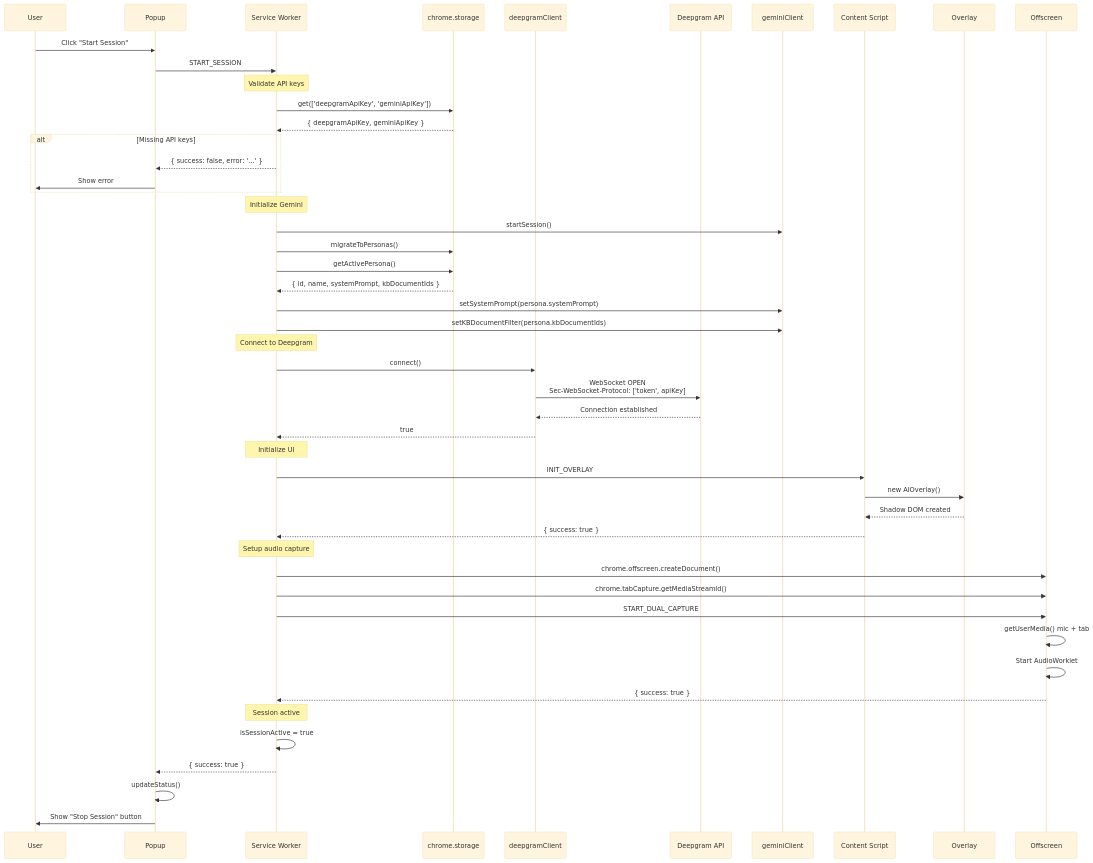
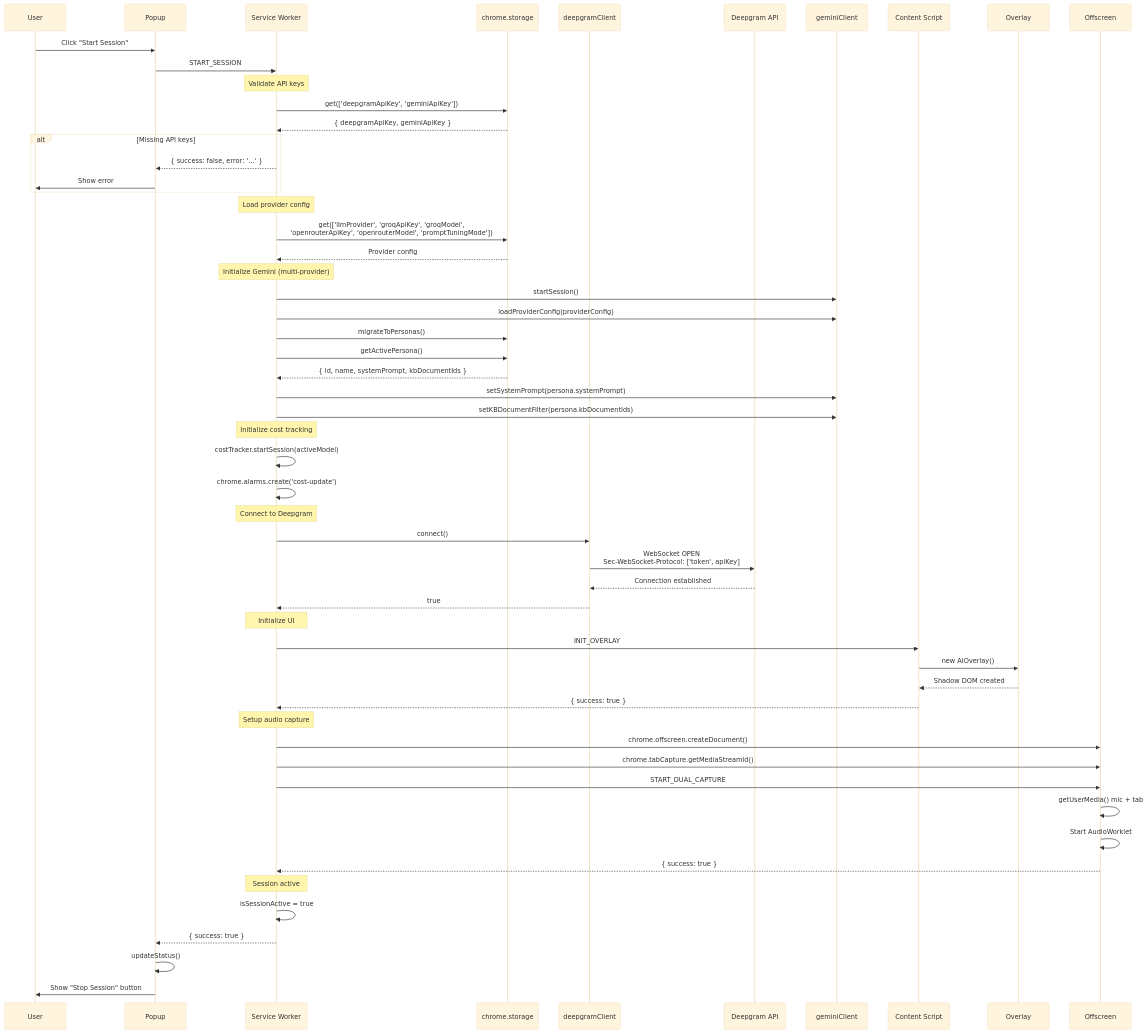
The first of 9 diagrams in docs/diagrams/SEQUENCES.md (AntoineDubuc/wingman-ai), drawn with Mermaid before and after one commit. The commit also changed other lines of this file and 10 other files, not shown here.

First line of the commit message:
docs: Update all documentation for Phase 17 (multi-provider) and Phase 18 (cost tracking)

````diff
--- a/docs/diagrams/SEQUENCES.md
+++ b/docs/diagrams/SEQUENCES.md
@@ -5,62 +5,71 @@
 ```mermaid
 %%{init: {'theme':'base'}}%%
 sequenceDiagram
     participant User
     participant Popup
     participant SW as Service Worker
     participant Storage as chrome.storage
     participant Deepgram as deepgramClient
     participant DeepgramAPI as Deepgram API
     participant Gemini as geminiClient
     participant Content as Content Script
     participant Overlay
     participant Offscreen
 
     User->>Popup: Click "Start Session"
     Popup->>SW: START_SESSION
 
     Note over SW: Validate API keys
     SW->>Storage: get(['deepgramApiKey', 'geminiApiKey'])
     Storage-->>SW: { deepgramApiKey, geminiApiKey }
 
     alt Missing API keys
         SW-->>Popup: { success: false, error: '...' }
         Popup->>User: Show error
     end
 
-    Note over SW: Initialize Gemini
+    Note over SW: Load provider config
+    SW->>Storage: get(['llmProvider', 'groqApiKey', 'groqModel',<br/>'openrouterApiKey', 'openrouterModel', 'promptTuningMode'])
+    Storage-->>SW: Provider config
+
+    Note over SW: Initialize Gemini (multi-provider)
     SW->>Gemini: startSession()
+    SW->>Gemini: loadProviderConfig(providerConfig)
     SW->>Storage: migrateToPersonas()
     SW->>Storage: getActivePersona()
     Storage-->>SW: { id, name, systemPrompt, kbDocumentIds }
     SW->>Gemini: setSystemPrompt(persona.systemPrompt)
     SW->>Gemini: setKBDocumentFilter(persona.kbDocumentIds)
+
+    Note over SW: Initialize cost tracking
+    SW->>SW: costTracker.startSession(activeModel)
+    SW->>SW: chrome.alarms.create('cost-update')
 
     Note over SW: Connect to Deepgram
     SW->>Deepgram: connect()
     Deepgram->>DeepgramAPI: WebSocket OPEN<br/>Sec-WebSocket-Protocol: ['token', apiKey]
     DeepgramAPI-->>Deepgram: Connection established
     Deepgram-->>SW: true
 
     Note over SW: Initialize UI
     SW->>Content: INIT_OVERLAY
     Content->>Overlay: new AIOverlay()
     Overlay-->>Content: Shadow DOM created
     Content-->>SW: { success: true }
 
     Note over SW: Setup audio capture
     SW->>Offscreen: chrome.offscreen.createDocument()
     SW->>Offscreen: chrome.tabCapture.getMediaStreamId()
     SW->>Offscreen: START_DUAL_CAPTURE
 
     Offscreen->>Offscreen: getUserMedia() mic + tab
     Offscreen->>Offscreen: Start AudioWorklet
     Offscreen-->>SW: { success: true }
 
     Note over SW: Session active
     SW->>SW: isSessionActive = true
     SW-->>Popup: { success: true }
 
     Popup->>Popup: updateStatus()
     Popup->>User: Show "Stop Session" button
 ```
````
